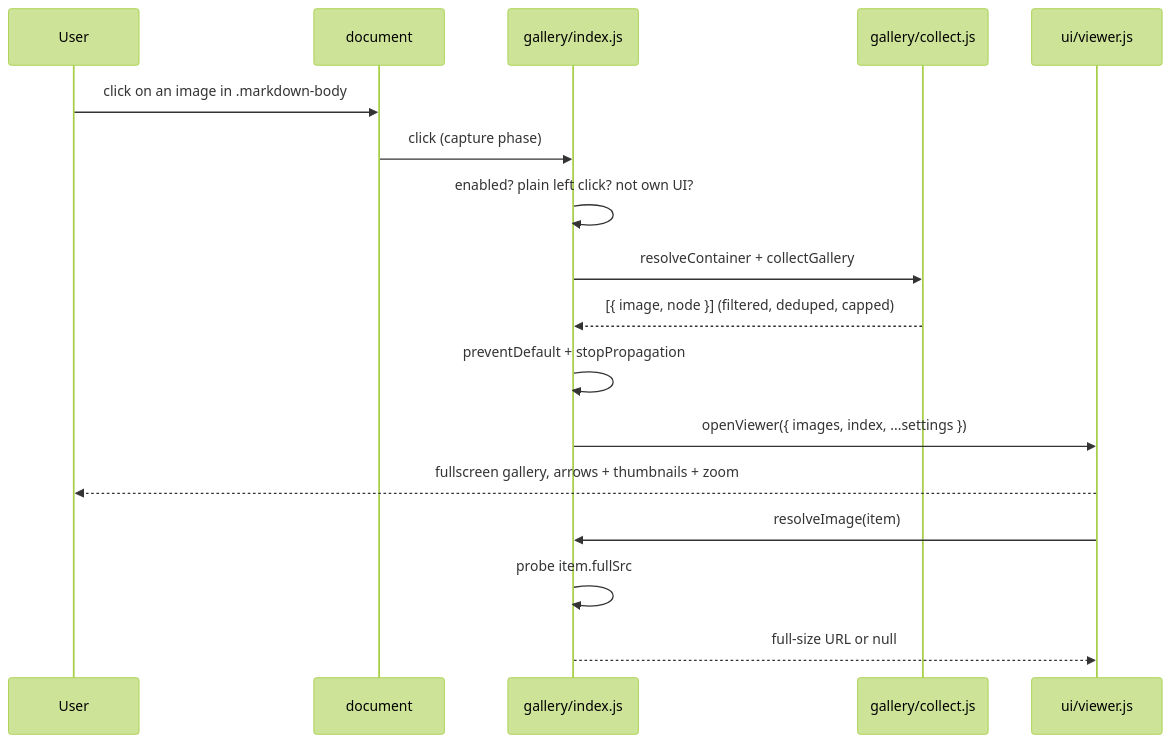
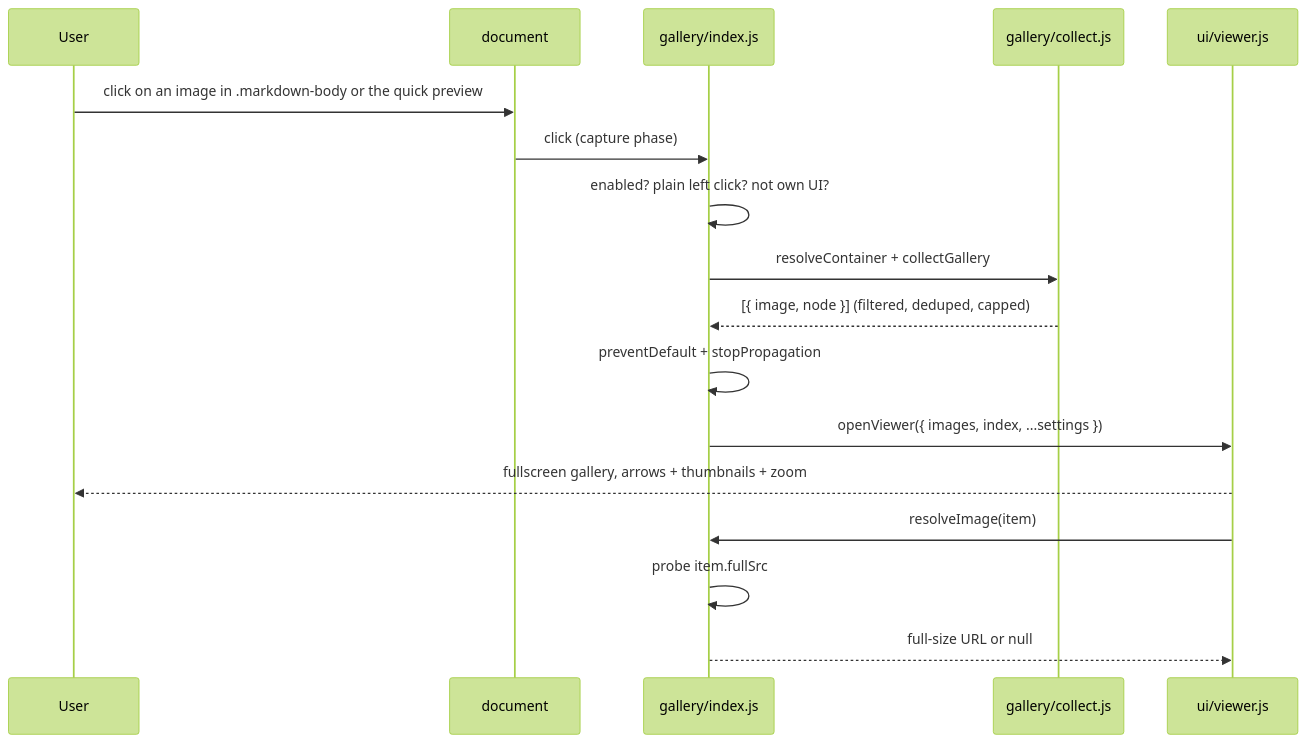
One commit to NemoKing1210/github-plus changed the second of 3 diagrams in docs/ARCHITECTURE.md. Above: the diagram before and after it, drawn with Mermaid (forest theme). The commit also changed 27 other files, not shown here.

Commit message:
fix: interact with quick-preview markdown like page markdown

````diff
--- a/docs/ARCHITECTURE.md
+++ b/docs/ARCHITECTURE.md
@@ -149,20 +149,20 @@
 ```mermaid
 sequenceDiagram
   participant U as User
   participant D as document
   participant G as gallery/index.js
   participant C as gallery/collect.js
   participant V as ui/viewer.js
 
-  U->>D: click on an image in .markdown-body
+  U->>D: click on an image in .markdown-body or the quick preview
   D->>G: click (capture phase)
   G->>G: enabled? plain left click? not own UI?
   G->>C: resolveContainer + collectGallery
   C-->>G: [{ image, node }] (filtered, deduped, capped)
   G->>G: preventDefault + stopPropagation
   G->>V: openViewer({ images, index, ...settings })
   V-->>U: fullscreen gallery, arrows + thumbnails + zoom
   V->>G: resolveImage(item)
   G->>G: probe item.fullSrc
   G-->>V: full-size URL or null
 ```
````
